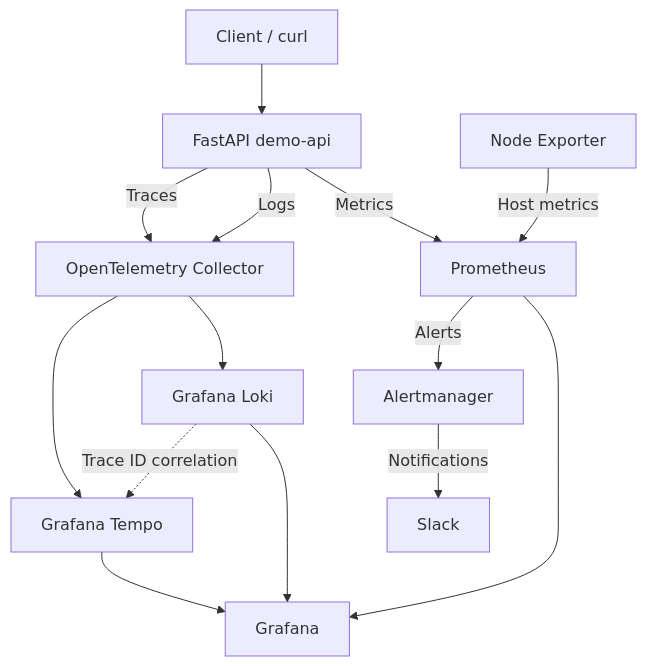
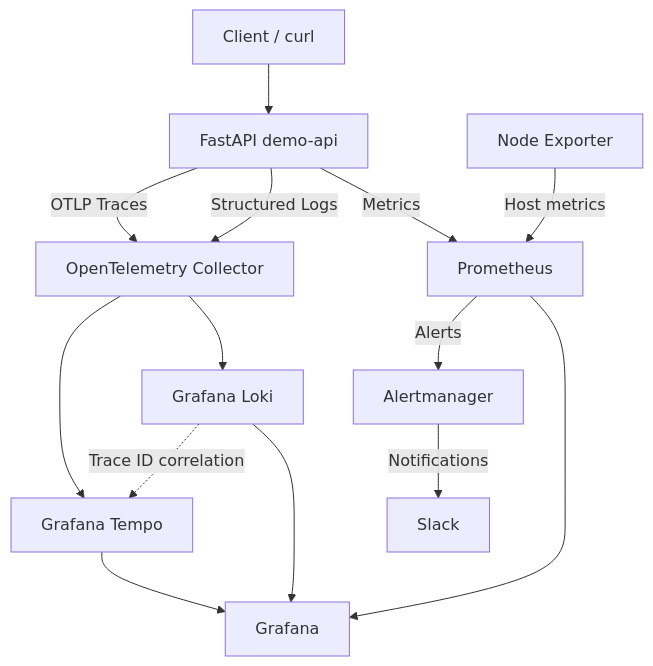
One commit to AZ1600/platform-engineering-observability changed the diagram in README.md. Above: the diagram before and after it, drawn with Mermaid. The commit also changed other lines of this file, not shown here.

````diff
--- a/README.md
+++ b/README.md
@@ -59,36 +94,36 @@
 ```mermaid
 flowchart TB
     Client["Client / curl"]
     API["FastAPI demo-api"]
 
     Prometheus["Prometheus"]
     Node["Node Exporter"]
 
     OTel["OpenTelemetry Collector"]
     Loki["Grafana Loki"]
     Tempo["Grafana Tempo"]
 
     Grafana["Grafana"]
     Alertmanager["Alertmanager"]
     Slack["Slack"]
 
     Client --> API
 
     API -->|Metrics| Prometheus
     Node -->|Host metrics| Prometheus
 
-    API -->|Logs| OTel
-    API -->|Traces| OTel
+    API -->|Structured Logs| OTel
+    API -->|OTLP Traces| OTel
 
     OTel --> Loki
     OTel --> Tempo
 
     Prometheus --> Grafana
     Loki --> Grafana
     Tempo --> Grafana
 
     Prometheus -->|Alerts| Alertmanager
     Alertmanager -->|Notifications| Slack
 
     Loki -. Trace ID correlation .-> Tempo
 ```
````
